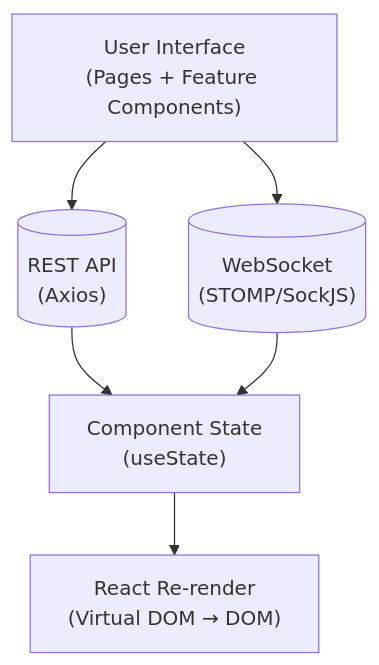
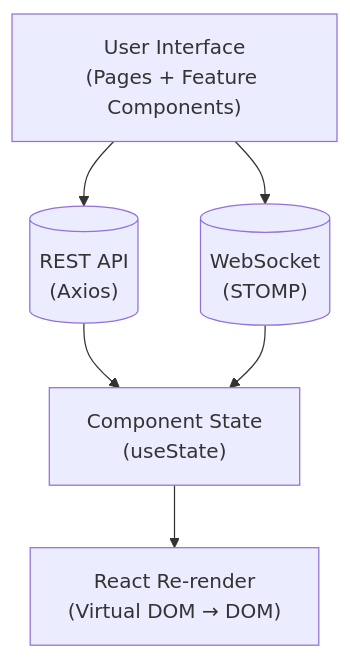
The seventh of 7 diagrams in server/frontend/docs/data-flow.md (smartuni/riot-po-2026), drawn with Mermaid before and after one commit. The commit also changed 6 other files, not shown here.

Commit message:
docs: replace SockJS references with native WebSocket

````diff
--- a/server/frontend/docs/data-flow.md
+++ b/server/frontend/docs/data-flow.md
@@ -230,16 +230,16 @@
 ```mermaid
 flowchart TB
     UI["User Interface<br/>(Pages + Feature Components)"]
     
     REST[("REST API<br/>(Axios)")]
-    WS[("WebSocket<br/>(STOMP/SockJS)")]
+    WS[("WebSocket<br/>(STOMP)")]
     
     State["Component State<br/>(useState)"]
     Render["React Re-render<br/>(Virtual DOM → DOM)"]
     
     UI --> REST
     UI --> WS
     REST --> State
     WS --> State
     State --> Render
 ```
````
